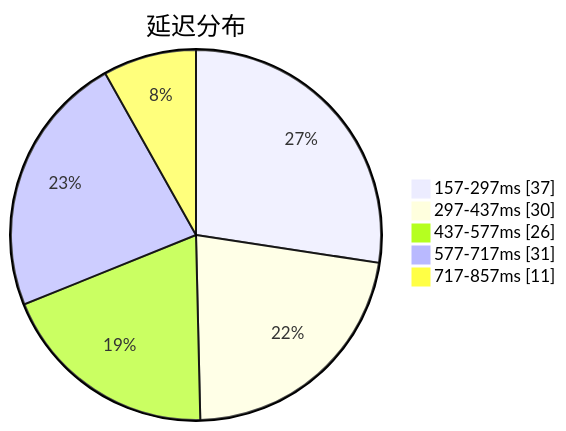
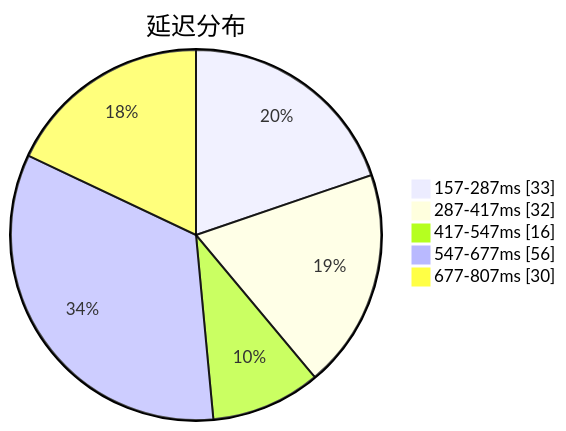
One commit to qjlxg/airport changed the first of 3 diagrams in subs/statistics/tested_within.md. Above: the diagram before and after it, drawn with Mermaid. The commit also changed other lines of this file and 2 other files, not shown here.

````diff
--- a/subs/statistics/tested_within.md
+++ b/subs/statistics/tested_within.md
@@ -2,9 +2,9 @@
 ```mermaid
 pie showData
 title 延迟分布
-"157-297ms" : 37
-"297-437ms" : 30
-"437-577ms" : 26
-"577-717ms" : 31
-"717-857ms" : 11
+"157-287ms" : 33
+"287-417ms" : 32
+"417-547ms" : 16
+"547-677ms" : 56
+"677-807ms" : 30
 ```
````
